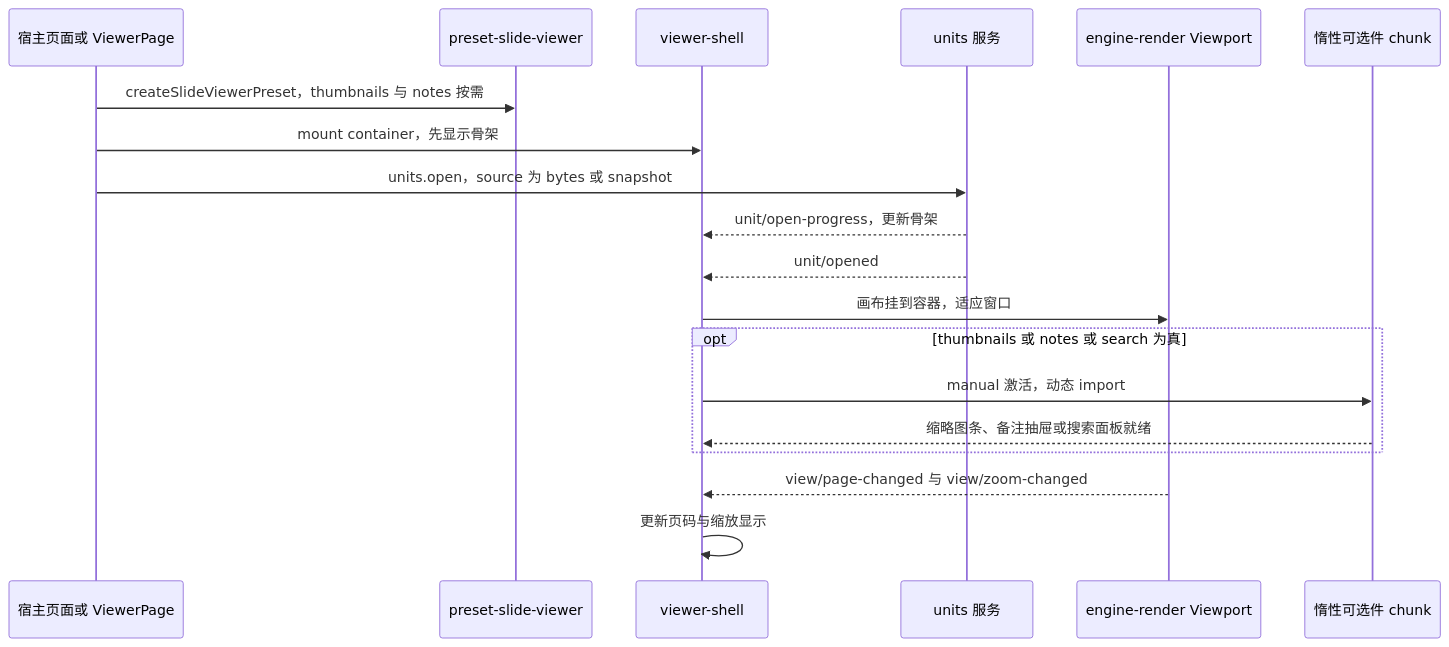
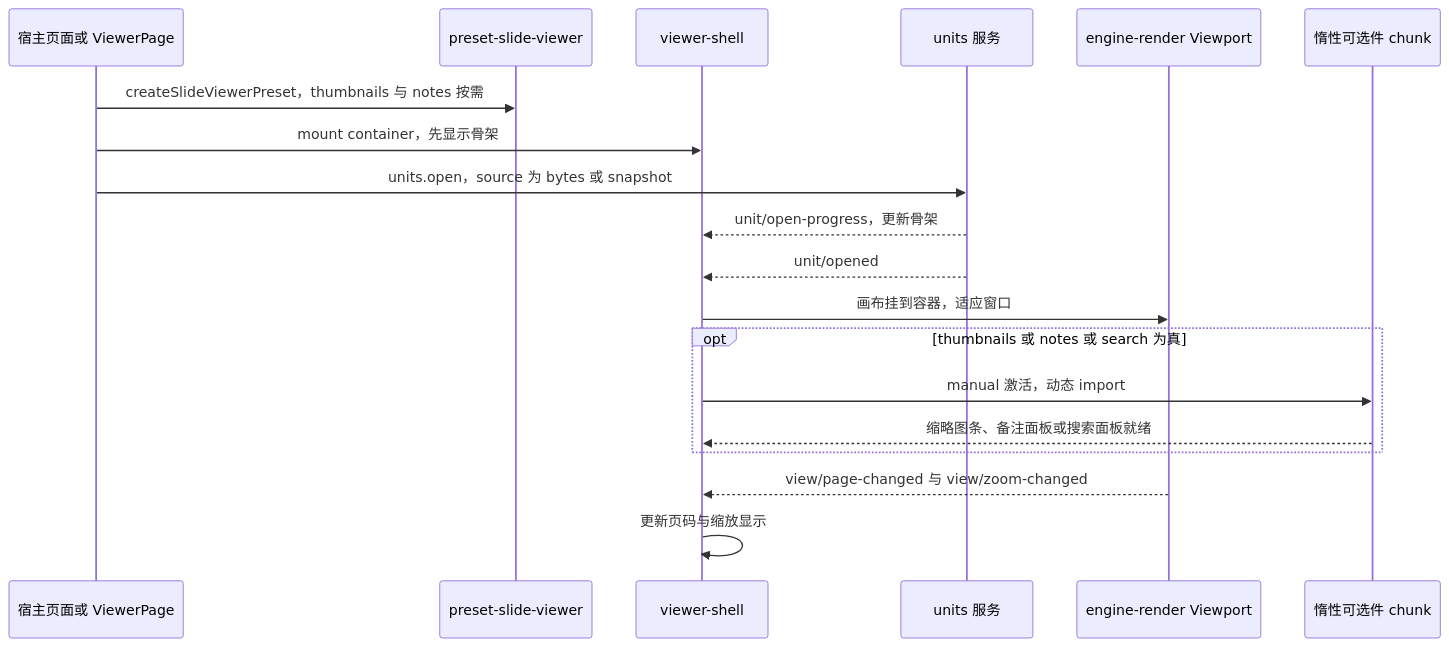
Before and after one commit to Xeonice/cordis-ppt-editor: the third of 7 diagrams in docs/50-frontend/12-viewer-embedding-and-render-page.md, drawn with Mermaid. The commit also changed other lines of this file and 25 other files, not shown here.

````diff
--- a/docs/50-frontend/12-viewer-embedding-and-render-page.md
+++ b/docs/50-frontend/12-viewer-embedding-and-render-page.md
@@ -85,21 +85,21 @@
 ```mermaid
 sequenceDiagram
   participant hostApp as 宿主页面或 ViewerPage
   participant preset as preset-slide-viewer
   participant shell as viewer-shell
   participant units as units 服务
   participant render as engine-render Viewport
   participant lazy as 惰性可选件 chunk
   hostApp->>preset: createSlideViewerPreset，thumbnails 与 notes 按需
   hostApp->>shell: mount container，先显示骨架
   hostApp->>units: units.open，source 为 bytes 或 snapshot
   units-->>shell: unit/open-progress，更新骨架
   units-->>shell: unit/opened
   shell->>render: 画布挂到容器，适应窗口
   opt thumbnails 或 notes 或 search 为真
     shell->>lazy: manual 激活，动态 import
-    lazy-->>shell: 缩略图条、备注抽屉或搜索面板就绪
+    lazy-->>shell: 缩略图条、备注面板或搜索面板就绪
   end
   render-->>shell: view/page-changed 与 view/zoom-changed
   shell->>shell: 更新页码与缩放显示
 ```
````
